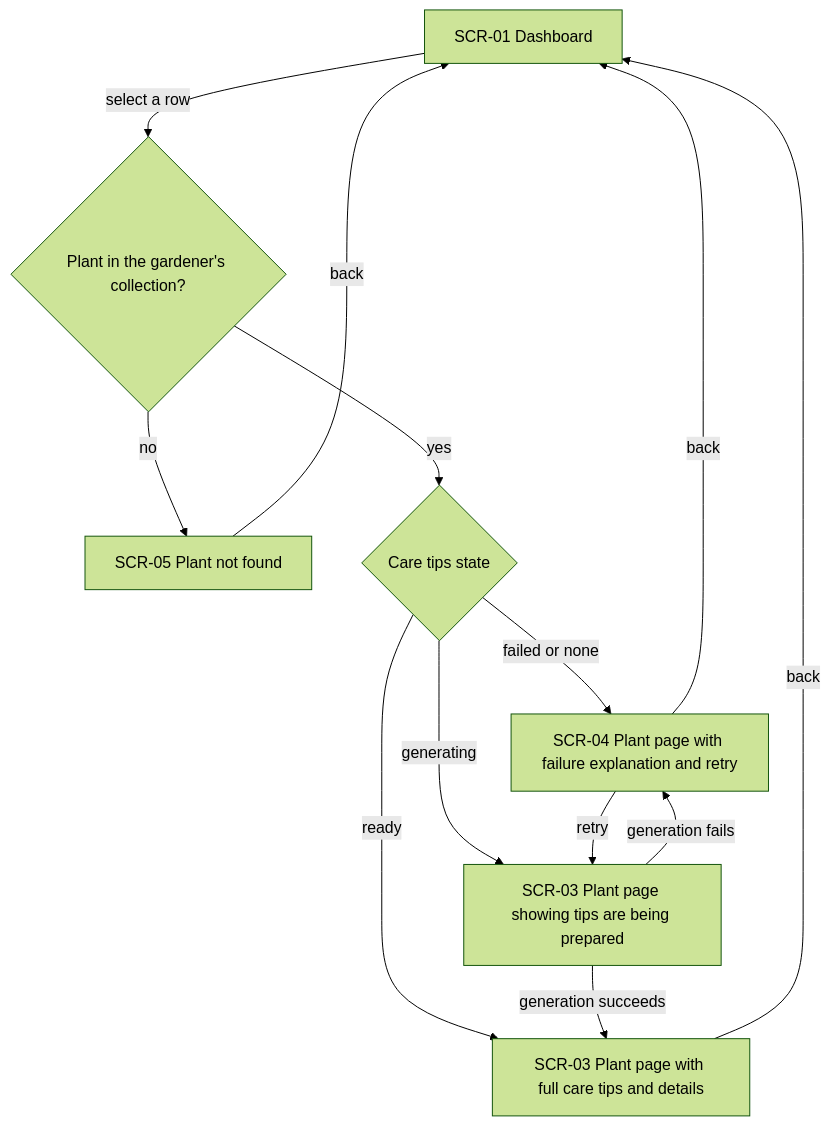
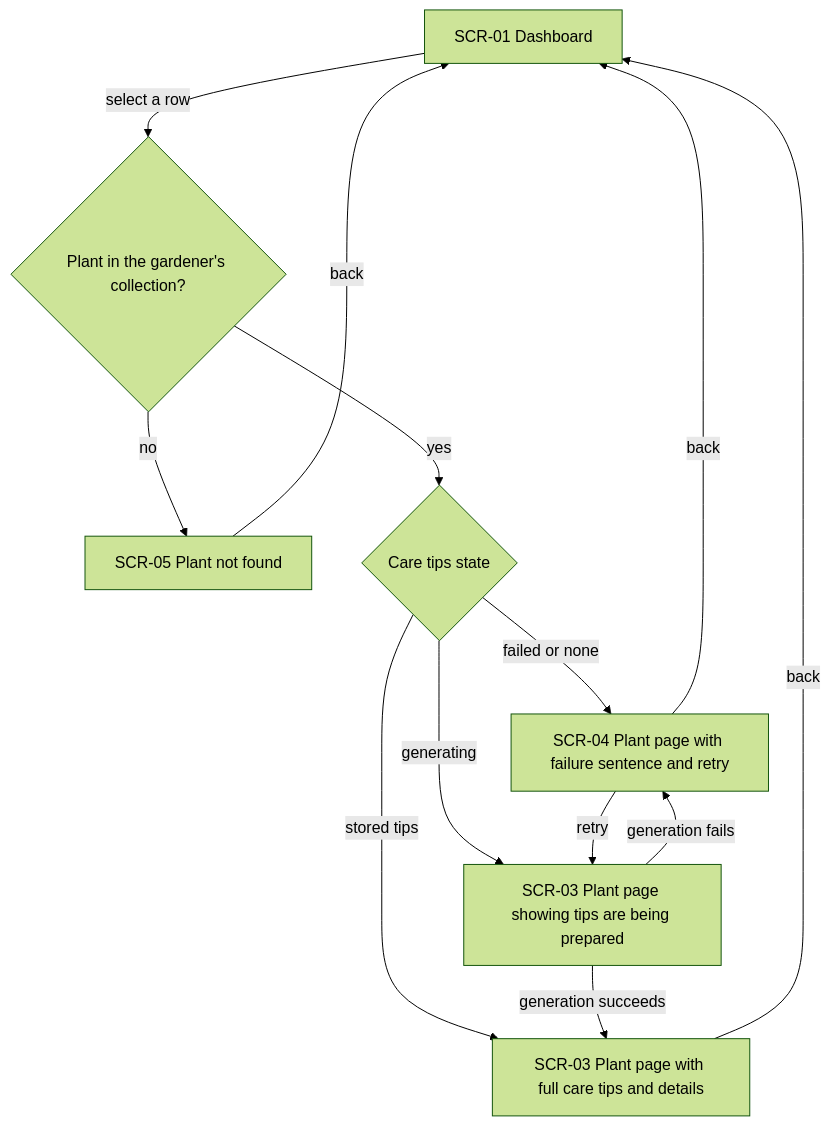
Before and after one commit to orkdrnke/Planted-AI: the third of 6 diagrams in docs/features/ux-improve/ux-flows.md, drawn with Mermaid (forest theme). The commit also changed other lines of this file, not shown here.

Commit message:
ux-flows: ux-improve ux-flows.md

````diff
--- a/docs/features/ux-improve/ux-flows.md
+++ b/docs/features/ux-improve/ux-flows.md
@@ -58,15 +68,15 @@
 ```mermaid
 flowchart TD
     A[SCR-01 Dashboard] -->|select a row| B{Plant in the gardener's collection?}
     B -->|no| C[SCR-05 Plant not found]
     B -->|yes| D{Care tips state}
-    D -->|ready| E[SCR-03 Plant page with full care tips and details]
-    D -->|failed or none| F[SCR-04 Plant page with failure explanation and retry]
+    D -->|stored tips| E[SCR-03 Plant page with full care tips and details]
+    D -->|failed or none| F[SCR-04 Plant page with failure sentence and retry]
     D -->|generating| G[SCR-03 Plant page showing tips are being prepared]
     F -->|retry| G
     G -->|generation succeeds| E
     G -->|generation fails| F
     E -->|back| A
     F -->|back| A
     C -->|back| A
 ```
````
